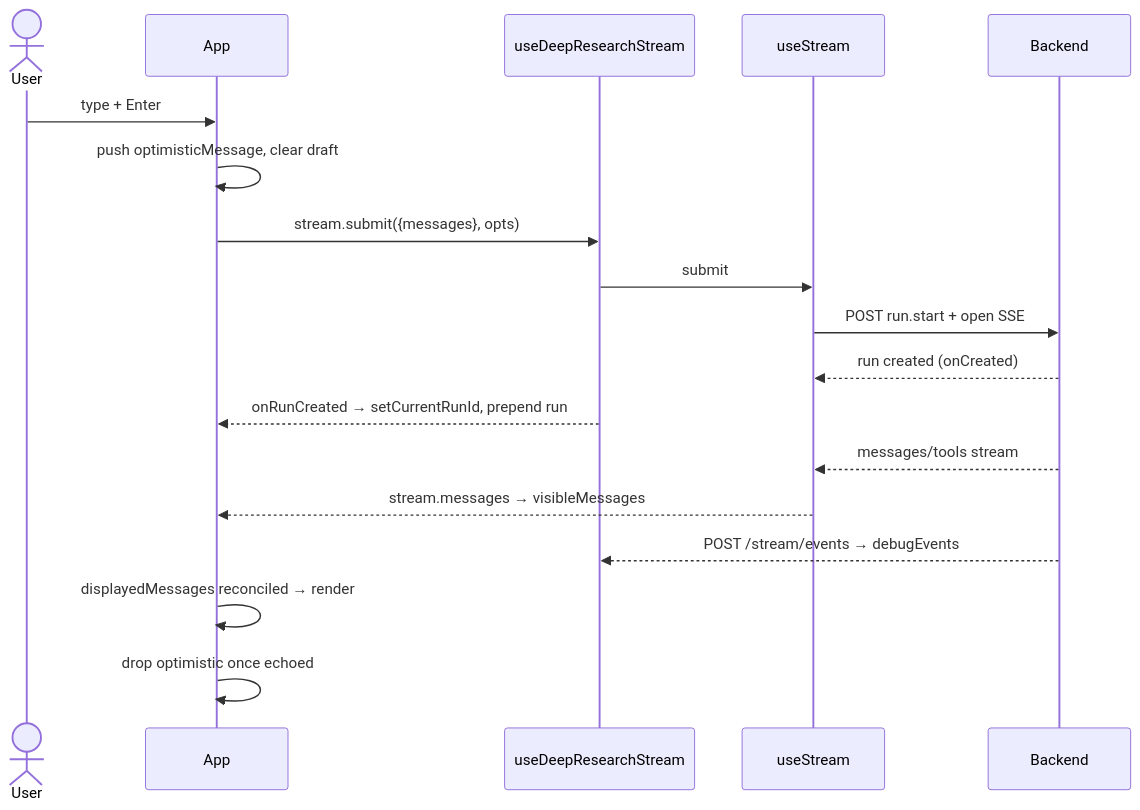
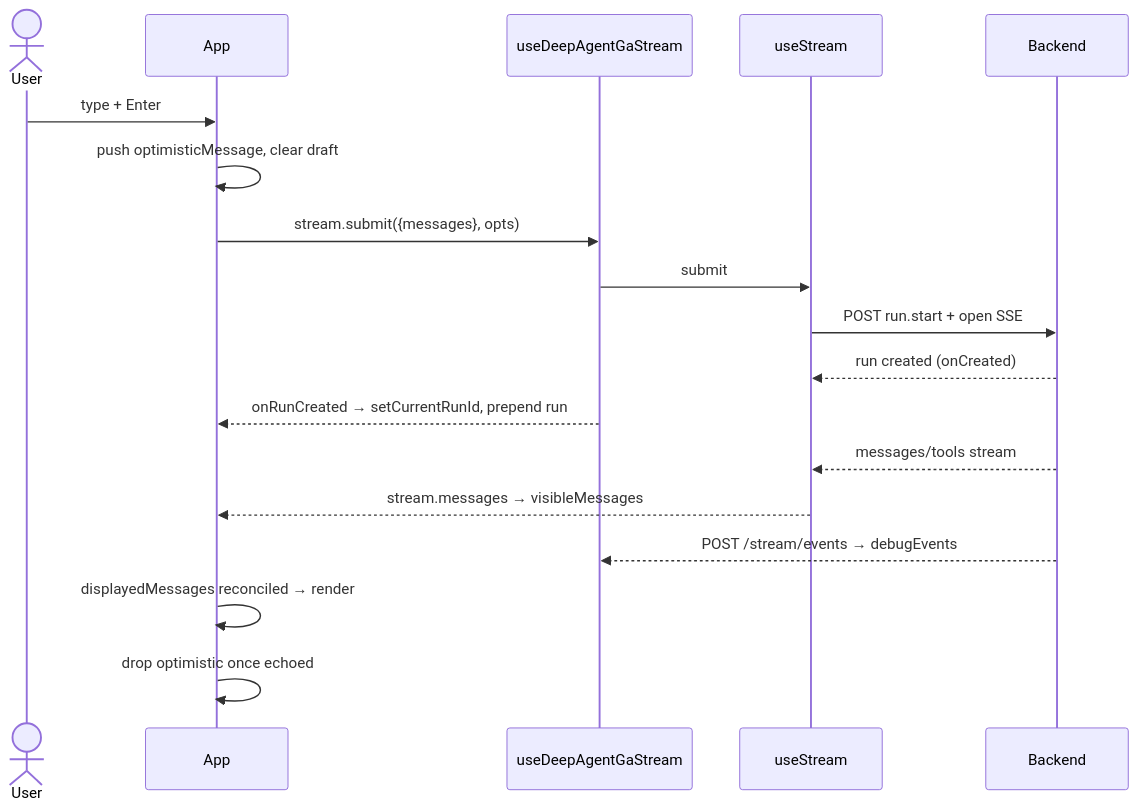
Before and after one commit to aa2051995/deep-agent-ga: the fourth of 4 diagrams in docs/architecture/ui-app-mental-model.md, drawn with Mermaid. The commit also changed other lines of this file and 71 other files, not shown here.

````diff
--- a/docs/architecture/ui-app-mental-model.md
+++ b/docs/architecture/ui-app-mental-model.md
@@ -232,21 +232,21 @@
 ```mermaid
 sequenceDiagram
     actor User
     participant App
-    participant Hook as useDeepResearchStream
+    participant Hook as useDeepAgentGaStream
     participant SDK as useStream
     participant BE as Backend
 
     User->>App: type + Enter
     App->>App: push optimisticMessage, clear draft
     App->>Hook: stream.submit({messages}, opts)
     Hook->>SDK: submit
     SDK->>BE: POST run.start + open SSE
     BE-->>SDK: run created (onCreated)
     Hook-->>App: onRunCreated → setCurrentRunId, prepend run
     BE-->>SDK: messages/tools stream
     SDK-->>App: stream.messages → visibleMessages
     BE-->>Hook: POST /stream/events → debugEvents
     App->>App: displayedMessages reconciled → render
     App->>App: drop optimistic once echoed
 ```
````
